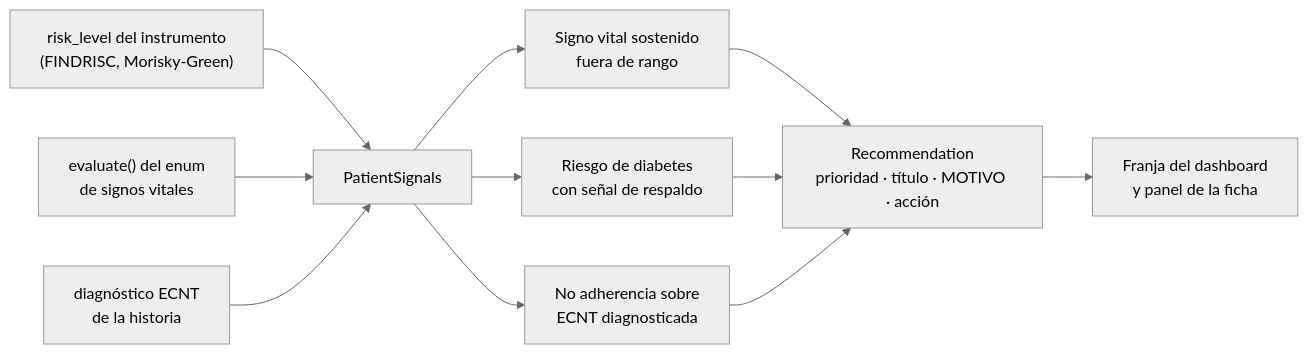
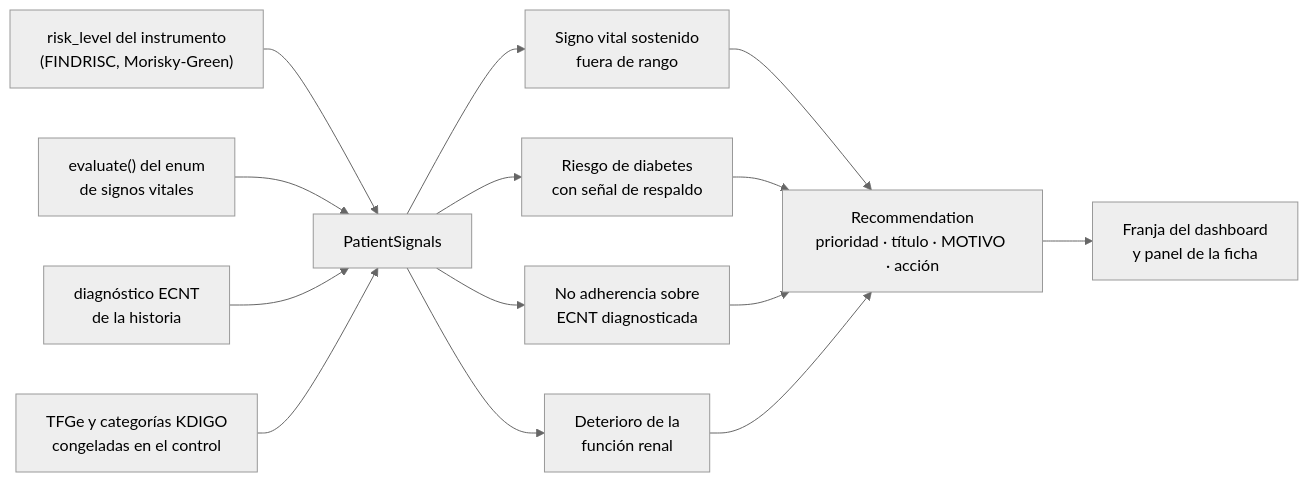
One commit to Bello2005/nefrChoco-project changed the sixth of 6 diagrams in docs/arquitectura.md. Above: the diagram before and after it, drawn with Mermaid (neutral theme). The commit also changed other lines of this file and 9 other files, not shown here.

````diff
--- a/docs/arquitectura.md
+++ b/docs/arquitectura.md
@@ -234,16 +284,19 @@
 ```mermaid
 flowchart LR
     S1["risk_level del instrumento<br/>(FINDRISC, Morisky-Green)"] --> PS["PatientSignals"]
     S2["evaluate() del enum<br/>de signos vitales"] --> PS
     S3["diagnóstico ECNT<br/>de la historia"] --> PS
+    S4["TFGe y categorías KDIGO<br/>congeladas en el control"] --> PS
 
     PS --> R1["Signo vital sostenido<br/>fuera de rango"]
     PS --> R2["Riesgo de diabetes<br/>con señal de respaldo"]
     PS --> R3["No adherencia sobre<br/>ECNT diagnosticada"]
+    PS --> R4["Deterioro de la<br/>función renal"]
 
     R1 --> REC["Recommendation<br/>prioridad · título · MOTIVO · acción"]
     R2 --> REC
     R3 --> REC
+    R4 --> REC
 
     REC --> UI["Franja del dashboard<br/>y panel de la ficha"]
 ```
````
